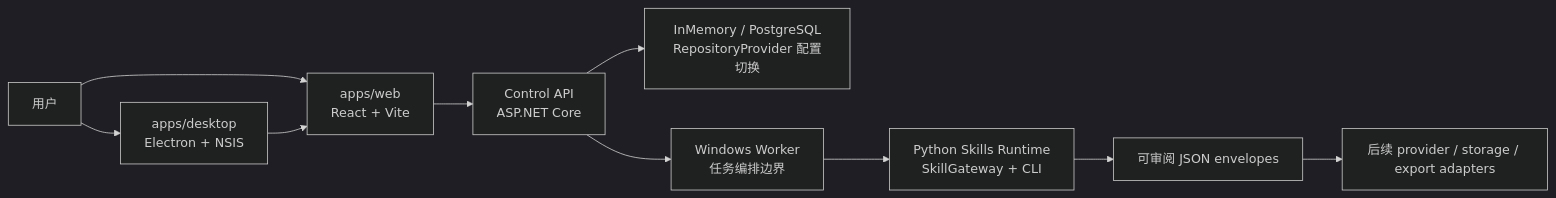
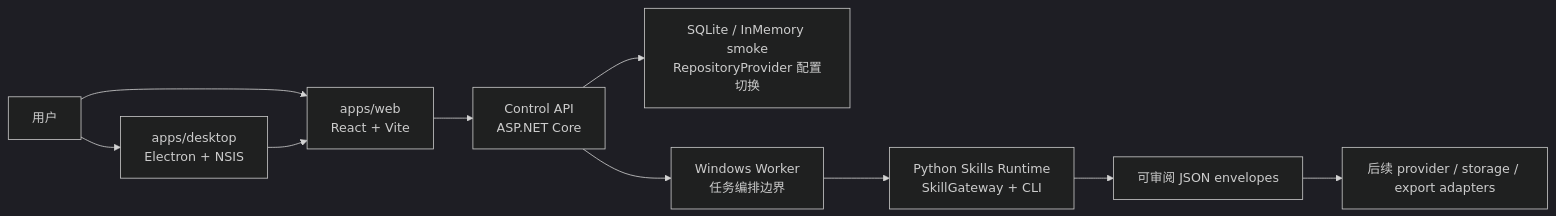
One commit to White-147/MiLuStudio changed the first of 2 diagrams in README.md. Above: the diagram before and after it, drawn with Mermaid (dark theme). The commit also changed other lines of this file and 64 other files, not shown here.

````diff
--- a/README.md
+++ b/README.md
@@ -49,12 +53,12 @@
 ```mermaid
 flowchart LR
     User["用户"] --> Web["apps/web\nReact + Vite"]
     User --> Desktop["apps/desktop\nElectron + NSIS"]
     Desktop --> Web
     Web --> Api["Control API\nASP.NET Core"]
-    Api --> Store["InMemory / PostgreSQL\nRepositoryProvider 配置切换"]
+    Api --> Store["SQLite / InMemory smoke\nRepositoryProvider 配置切换"]
     Api --> Worker["Windows Worker\n任务编排边界"]
     Worker --> Skills["Python Skills Runtime\nSkillGateway + CLI"]
     Skills --> Envelopes["可审阅 JSON envelopes"]
     Envelopes --> Future["后续 provider / storage / export adapters"]
 ```
````
